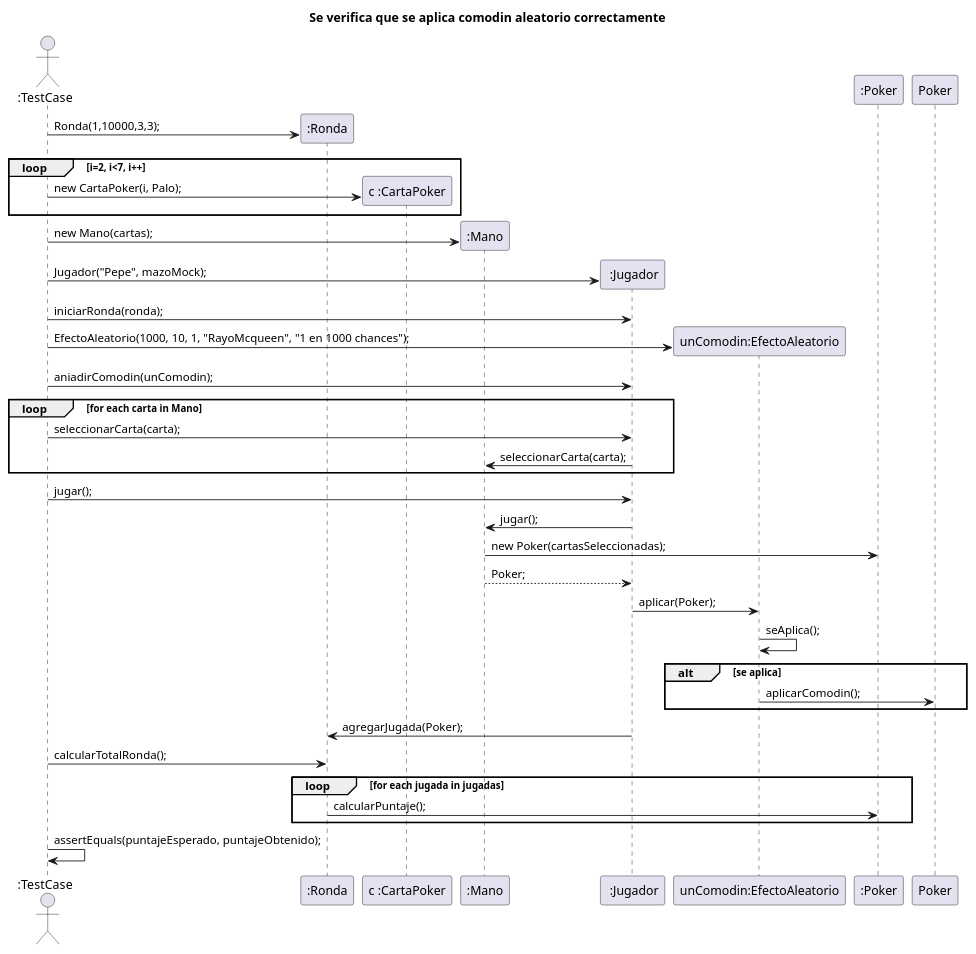
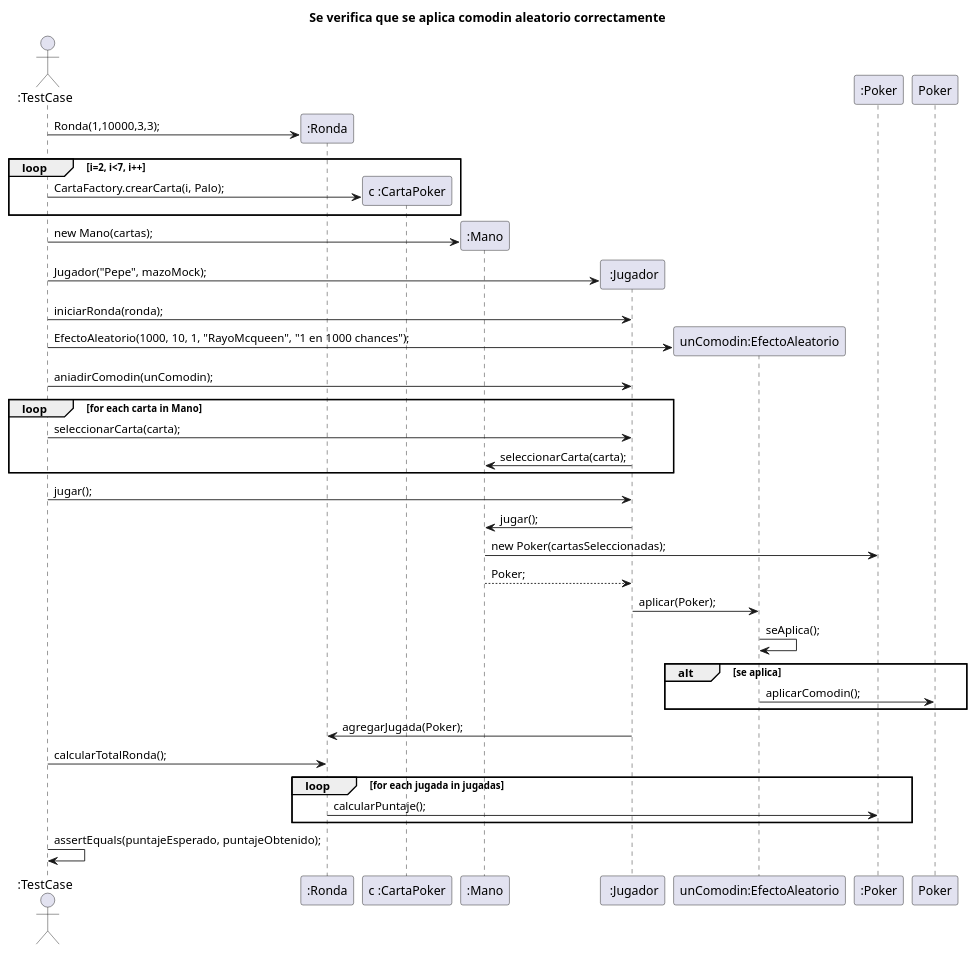
The diagram in diagrams/sequences/Entrega2/test04.puml (carruizdiaz1109/UBAlatro), drawn with PlantUML before and after one commit. The commit also changed 16 other files, not shown here.

Commit message:
creo el constructor CartaFactory y lo reemplazo todos los "new CartaPoker" por "CartaFactory.CrearCarta"

```diff
--- a/diagrams/sequences/Entrega2/test04.puml
+++ b/diagrams/sequences/Entrega2/test04.puml
@@ -1,46 +1,46 @@
 @startuml
 'https://plantuml.com/sequence-diagram
 
 title Se verifica que se aplica comodin aleatorio correctamente
 
 actor ":TestCase" as user
 participant ":Ronda" as ronda
 participant "c :CartaPoker" as carta
 participant ":Mano" as mano
 participant " :Jugador" as jugador
 participant "unComodin:EfectoAleatorio" as comodin
 
 user -> ronda **: Ronda(1,10000,3,3);
 loop i=2, i<7, i++
-    user -> carta **: new CartaPoker(i, Palo);
+    user -> carta **: CartaFactory.crearCarta(i, Palo);
 end
 user -> mano **: new Mano(cartas);
 user -> jugador **: Jugador("Pepe", mazoMock);
 user -> jugador: iniciarRonda(ronda);
 
 user -> comodin **: EfectoAleatorio(1000, 10, 1, "RayoMcqueen", "1 en 1000 chances");
 user -> jugador :aniadirComodin(unComodin);
 
 loop for each carta in Mano
     user -> jugador: seleccionarCarta(carta);
     jugador -> mano: seleccionarCarta(carta);
 end
 
 user -> jugador: jugar();
 jugador -> mano: jugar();
 mano -> ":Poker" as poker: new Poker(cartasSeleccionadas);
 mano --> jugador: Poker;
 jugador -> comodin: aplicar(Poker);
 comodin -> comodin: seAplica();
 alt se aplica
     comodin -> Poker: aplicarComodin();
 end
 jugador -> ronda: agregarJugada(Poker);
 user -> ronda: calcularTotalRonda();
 loop for each jugada in jugadas
     ronda -> poker: calcularPuntaje();
 end
 
 user -> user: assertEquals(puntajeEsperado, puntajeObtenido);
 
 @enduml
```
